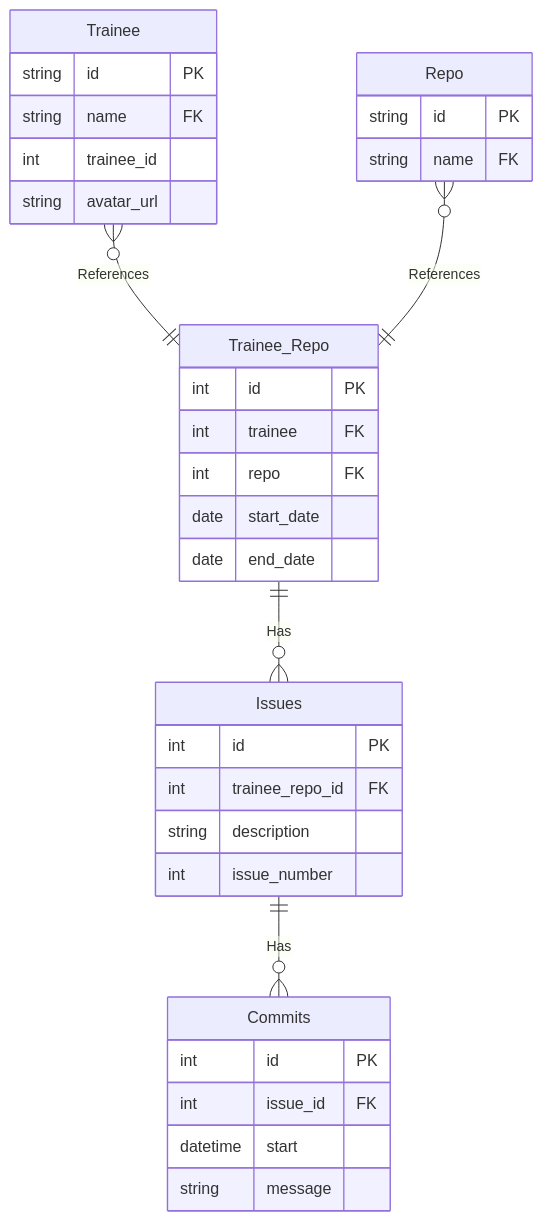
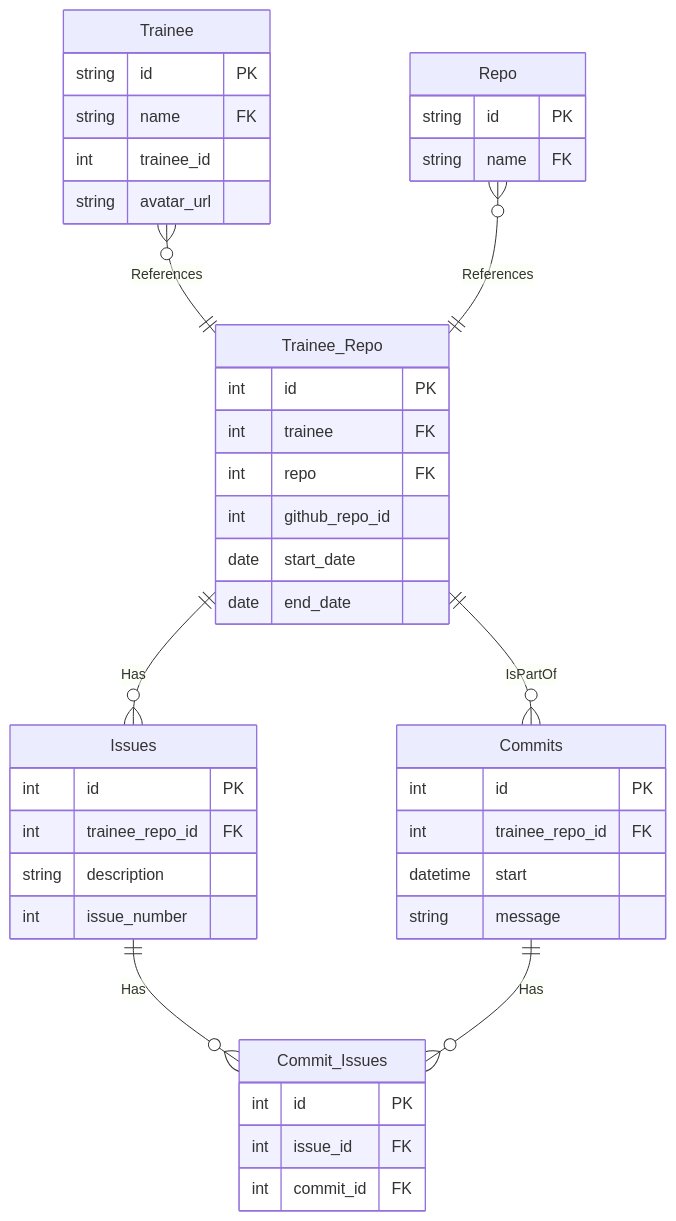
Before and after one commit to Educom-Trainees/educom-do-i-code: the diagram in backend-main/ERD.md, drawn with Mermaid.

Commit message:
ERD met commitment issues

````diff
--- a/backend-main/ERD.md
+++ b/backend-main/ERD.md
@@ -2,37 +2,52 @@
 ```mermaid
+
 erDiagram
     Trainee {
         string id    PK
         string name  FK
         int    trainee_id
         string avatar_url 
     }
+
     Repo {
         string id    PK
         string name  FK
     }
+
     Trainee_Repo {
         int    id PK
         int    trainee FK
         int    repo FK
+        int    github_repo_id
         date   start_date
         date   end_date
     }
     Trainee }o--|| Trainee_Repo : References 
     Repo }o--|| Trainee_Repo : References 
     Issues {
         int    id              PK
         int    trainee_repo_id FK
         string description
         int    issue_number  
     }    
     Trainee_Repo ||--o{ Issues : Has
+    Trainee_Repo ||--o{ Commits: IsPartOf
 
     Commits {
         int id PK
-        int issue_id FK
+        int trainee_repo_id FK
         datetime start
         string message
     }
-    Issues ||--o{ Commits : Has
+
+    Commit_Issues {
+        int id PK
+        int issue_id FK
+        int commit_id FK
+    }
+    Issues ||--o{ Commit_Issues : Has
+    Commits ||--o{ Commit_Issues: Has
+
+%% Some commits do not belong to an issue
+%% But commits always belong to a repo
 ```
````
